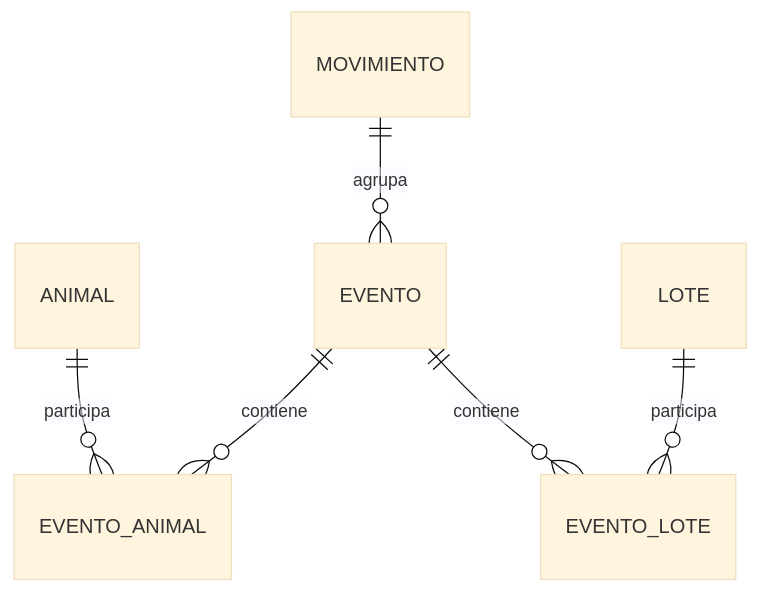
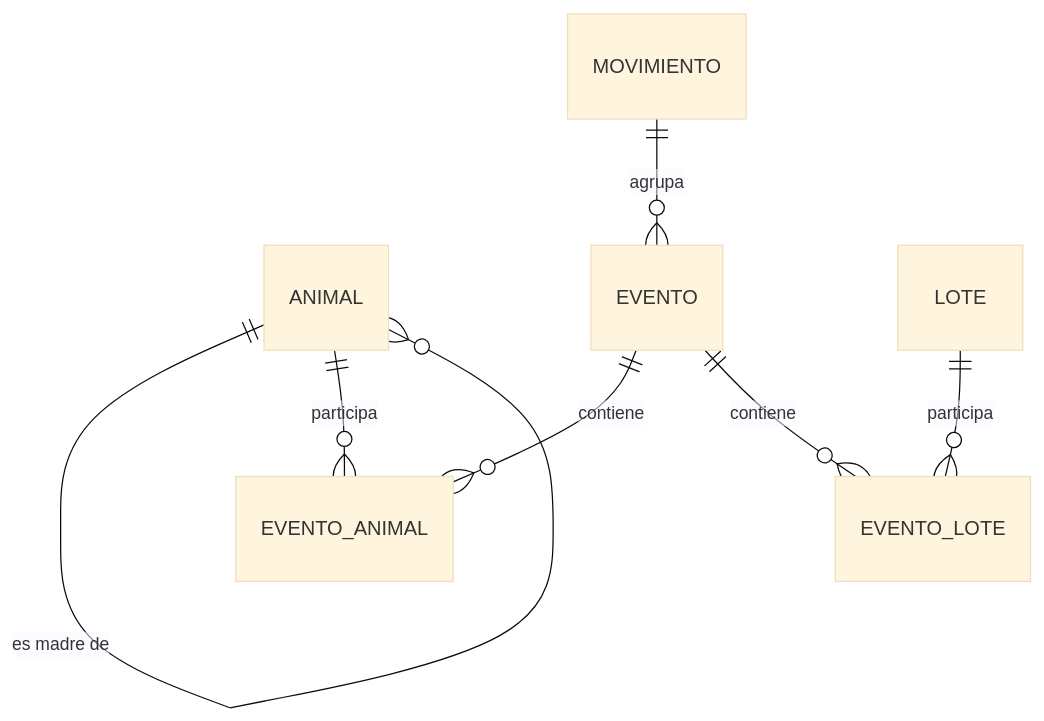
The first of 3 diagrams in documentacion/base_conocimiento/modelo/modelo_ganadero.md (Miqrod/RuralGest), drawn with Mermaid (base theme) before and after one commit. The commit also changed other lines of this file and 73 other files, not shown here.

````diff
--- a/documentacion/base_conocimiento/modelo/modelo_ganadero.md
+++ b/documentacion/base_conocimiento/modelo/modelo_ganadero.md
@@ -193,11 +193,12 @@
 ```mermaid
 erDiagram
 
+    ANIMAL ||--o{ ANIMAL : "es madre de"
     ANIMAL ||--o{ EVENTO_ANIMAL : participa
     EVENTO ||--o{ EVENTO_ANIMAL : contiene
 
     LOTE ||--o{ EVENTO_LOTE : participa
     EVENTO ||--o{ EVENTO_LOTE : contiene
 
     MOVIMIENTO ||--o{ EVENTO : agrupa
 ```
````
